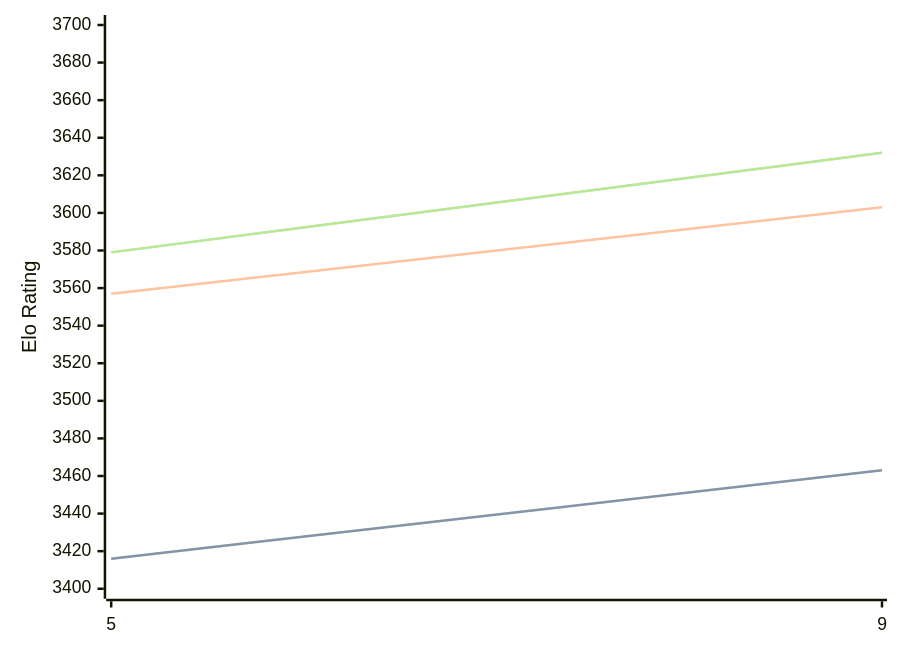
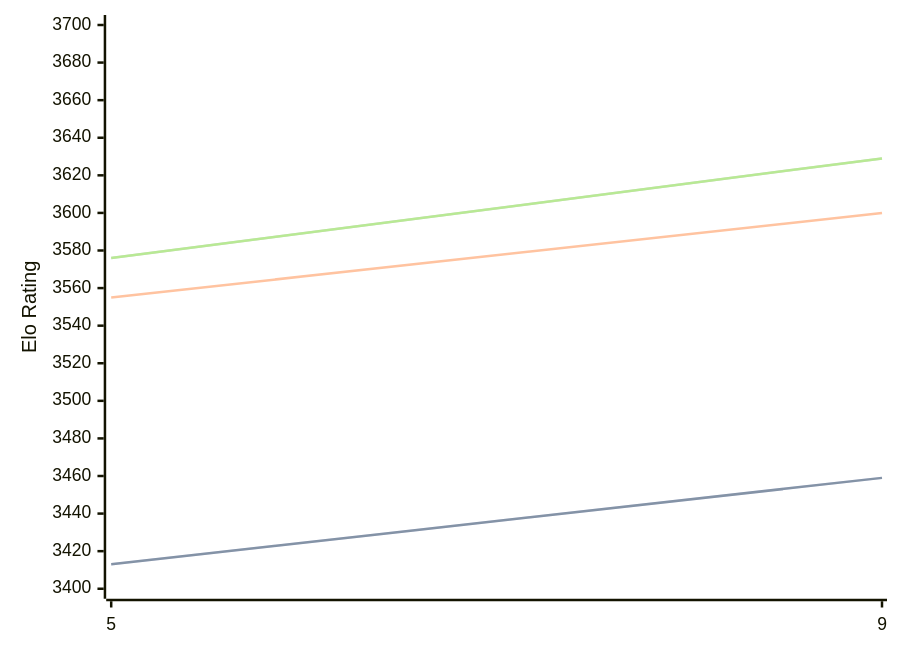
Before and after one commit to computer-chess-index/cci: the diagram in engines/Crystal.md, drawn with Mermaid. The commit also changed other lines of this file, not shown here.

Commit message:
Update CCI Ratings (ELO VLTC) - 2026-04-23

````diff
--- a/engines/Crystal.md
+++ b/engines/Crystal.md
@@ -60,11 +60,11 @@
 ```mermaid
 %%{init: {"theme":"base","themeVariables":{"seriesColors:['#a3a3a3','#222221','#faa371']}}}%%
 xychart-beta
   x-axis ["5", "9"]
   y-axis "Elo Rating" 3400 --> 3700
-  line "STC (8.0+0.08s)" [3416, 3463]
-  line "STC (8.0+0.08s)" [3416, 3463]
-  line "LTC (60.0+0.60s)" [3557, 3603]
-  line "VLTC (2m24s+1.12s)" [3579, 3632]
-  line "VLTC (2m24s+1.12s)" [3579, 3632]
+  line "STC (8.0+0.08s)" [3413, 3459]
+  line "STC (8.0+0.08s)" [3413, 3459]
+  line "LTC (60.0+0.60s)" [3555, 3600]
+  line "VLTC (2m24s+1.12s)" [3576, 3629]
+  line "VLTC (2m24s+1.12s)" [3576, 3629]
 ```
````
